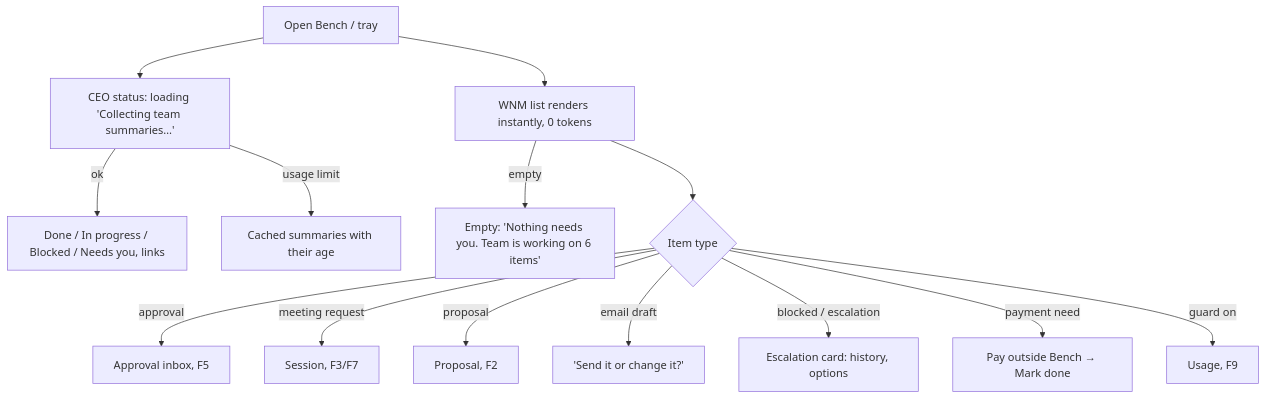
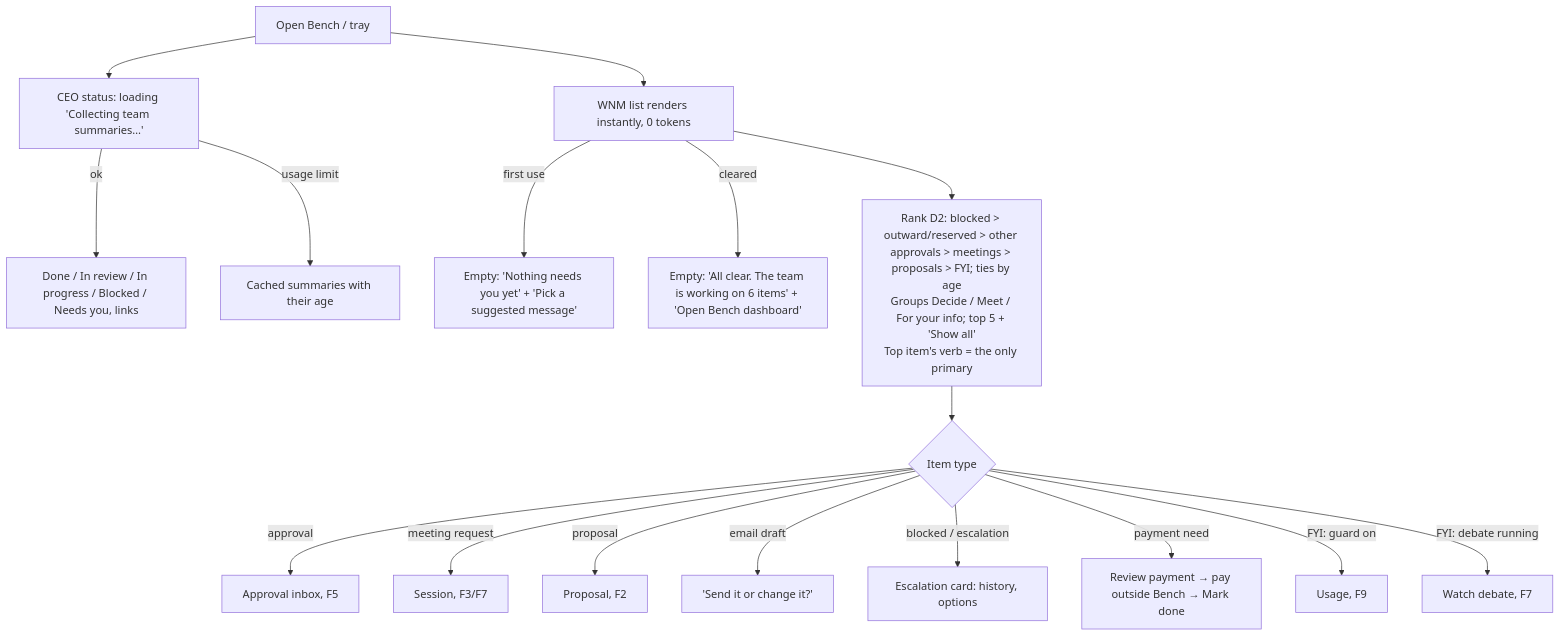
One commit to Majd-Alhakim/bench changed the fifth of 11 diagrams in docs/design/ux/README.md. Above: the diagram before and after it, drawn with Mermaid. The commit also changed other lines of this file and 3 other files, not shown here.

````diff
--- a/docs/design/ux/README.md
+++ b/docs/design/ux/README.md
@@ -226,16 +230,19 @@
 ```mermaid
 flowchart TD
   A[Open Bench / tray] --> B[WNM list renders instantly, 0 tokens]
   A --> S[CEO status: loading 'Collecting team summaries…']
-  S -->|ok| S1[Done / In progress / Blocked / Needs you, links]
+  S -->|ok| S1[Done / In review / In progress / Blocked / Needs you, links]
   S -->|usage limit| S2[Cached summaries with their age]
-  B -->|empty| B0[Empty: 'Nothing needs you. Team is working on 6 items']
-  B --> I{Item type}
+  B -->|first use| B1[Empty: 'Nothing needs you yet' + 'Pick a suggested message']
+  B -->|cleared| B0[Empty: 'All clear. The team is working on 6 items' + 'Open Bench dashboard']
+  B --> O[Rank D2: blocked > outward/reserved > other approvals > meetings > proposals > FYI; ties by age<br/>Groups Decide / Meet / For your info; top 5 + 'Show all'<br/>Top item's verb = the only primary]
+  O --> I{Item type}
   I -->|approval| AP[Approval inbox, F5]
   I -->|meeting request| MS[Session, F3/F7]
   I -->|proposal| PR[Proposal, F2]
   I -->|email draft| EM['Send it or change it?']
   I -->|blocked / escalation| ES[Escalation card: history, options]
-  I -->|payment need| PY[Pay outside Bench → Mark done]
-  I -->|guard on| U[Usage, F9]
+  I -->|payment need| PY[Review payment → pay outside Bench → Mark done]
+  I -->|FYI: guard on| U[Usage, F9]
+  I -->|FYI: debate running| DW[Watch debate, F7]
 ```
````
